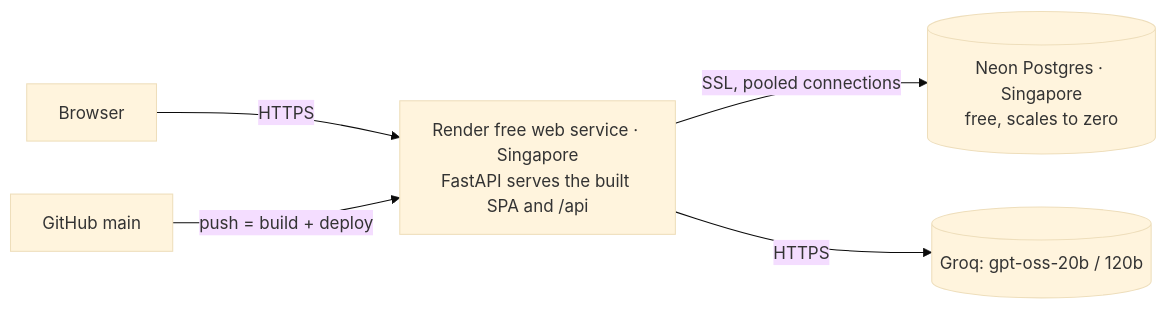
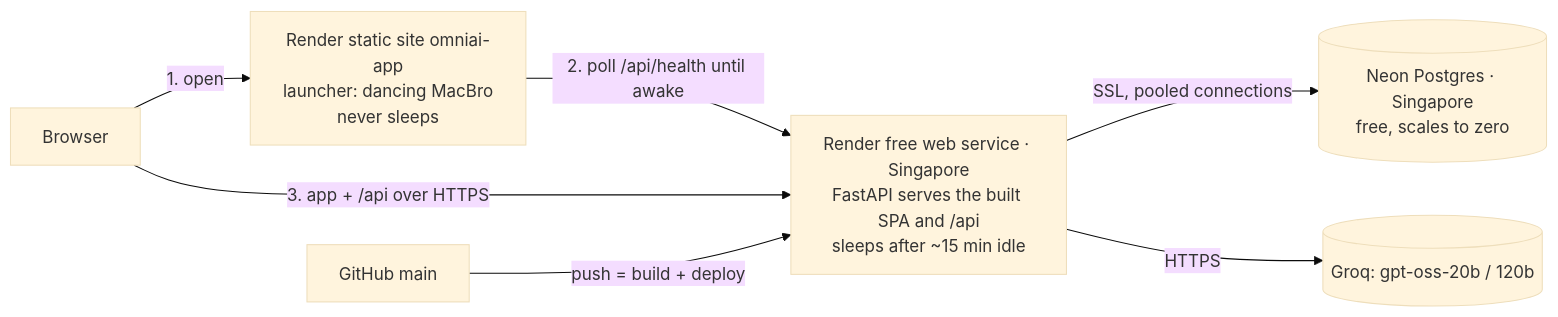
The third of 8 diagrams in docs/hld.md (NeoAnushka21/tracker_poc), drawn with Mermaid (base theme) before and after one commit. The commit also changed other lines of this file and 18 other files, not shown here.

First line of the commit message:
Wake screen with a dancing MacBro, and an always-on launcher instead of Render's waking page

````diff
--- a/docs/hld.md
+++ b/docs/hld.md
@@ -67,7 +67,9 @@
 ```mermaid
 flowchart LR
-    U[Browser] -->|HTTPS| R["Render free web service · Singapore<br/>FastAPI serves the built SPA and /api"]
+    U[Browser] -->|1. open| L["Render static site omniai-app<br/>launcher: dancing MacBro<br/>never sleeps"]
+    L -->|2. poll /api/health until awake| R
+    U -->|3. app + /api over HTTPS| R["Render free web service · Singapore<br/>FastAPI serves the built SPA and /api<br/>sleeps after ~15 min idle"]
     R -->|SSL, pooled connections| N[("Neon Postgres · Singapore<br/>free, scales to zero")]
     R -->|HTTPS| G[(Groq: gpt-oss-20b / 120b)]
     GH[GitHub main] -->|push = build + deploy| R
 ```
````
